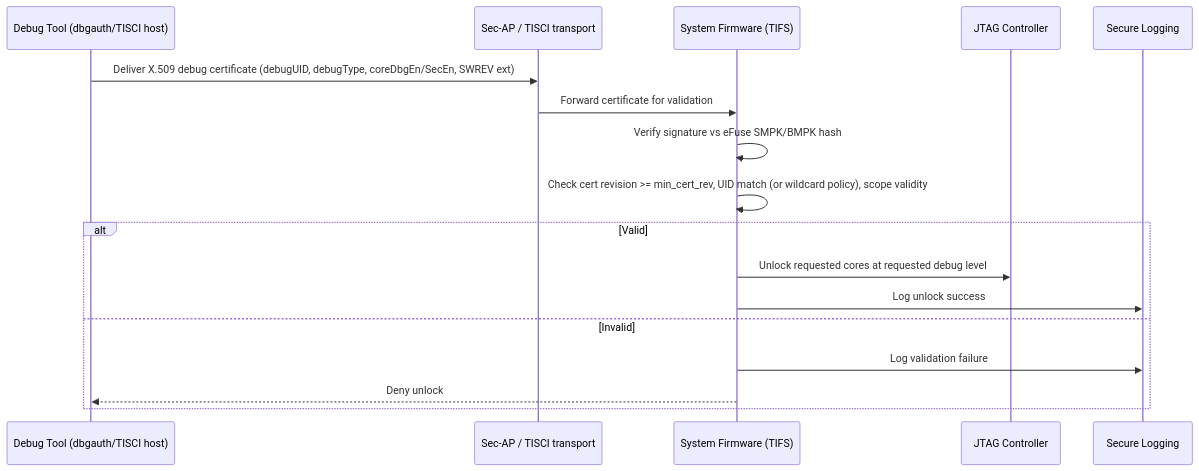
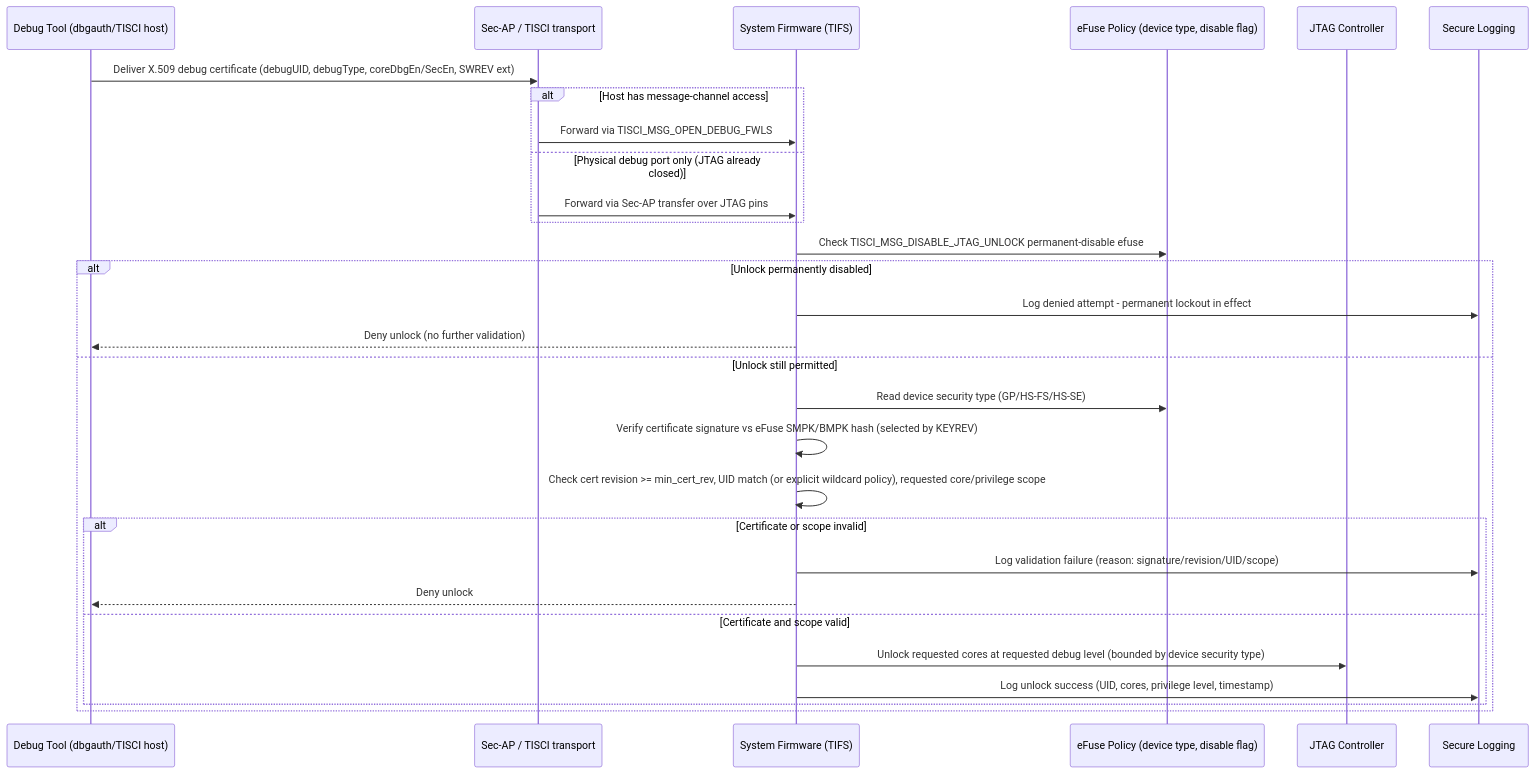
One commit to vinodneelakantam/Sec_Concepts_Req_tracability changed the third of 3 diagrams in TDA4VM_Secure_JTAG_Requirements.md. Above: the diagram before and after it, drawn with Mermaid. The commit also changed other lines of this file and 8 other files, not shown here.

````diff
--- a/TDA4VM_Secure_JTAG_Requirements.md
+++ b/TDA4VM_Secure_JTAG_Requirements.md
@@ -115,20 +115,32 @@
 ```mermaid
 sequenceDiagram
   participant T as Debug Tool (dbgauth/TISCI host)
   participant S as Sec-AP / TISCI transport
   participant F as System Firmware (TIFS)
+  participant E as eFuse Policy (device type, disable flag)
   participant J as JTAG Controller
   participant L as Secure Logging
 
   T->>S: Deliver X.509 debug certificate (debugUID, debugType, coreDbgEn/SecEn, SWREV ext)
-  S->>F: Forward certificate for validation
-  F->>F: Verify signature vs eFuse SMPK/BMPK hash
-  F->>F: Check cert revision >= min_cert_rev, UID match (or wildcard policy), scope validity
-  alt Valid
-    F->>J: Unlock requested cores at requested debug level
-    F->>L: Log unlock success
-  else Invalid
-    F->>L: Log validation failure
-    F-->>T: Deny unlock
+  alt Host has message-channel access
+    S->>F: Forward via TISCI_MSG_OPEN_DEBUG_FWLS
+  else Physical debug port only (JTAG already closed)
+    S->>F: Forward via Sec-AP transfer over JTAG pins
+  end
+  F->>E: Check TISCI_MSG_DISABLE_JTAG_UNLOCK permanent-disable efuse
+  alt Unlock permanently disabled
+    F->>L: Log denied attempt - permanent lockout in effect
+    F-->>T: Deny unlock (no further validation)
+  else Unlock still permitted
+    F->>E: Read device security type (GP/HS-FS/HS-SE)
+    F->>F: Verify certificate signature vs eFuse SMPK/BMPK hash (selected by KEYREV)
+    F->>F: Check cert revision >= min_cert_rev, UID match (or explicit wildcard policy), requested core/privilege scope
+    alt Certificate or scope invalid
+      F->>L: Log validation failure (reason: signature/revision/UID/scope)
+      F-->>T: Deny unlock
+    else Certificate and scope valid
+      F->>J: Unlock requested cores at requested debug level (bounded by device security type)
+      F->>L: Log unlock success (UID, cores, privilege level, timestamp)
+    end
   end
 ```
````
